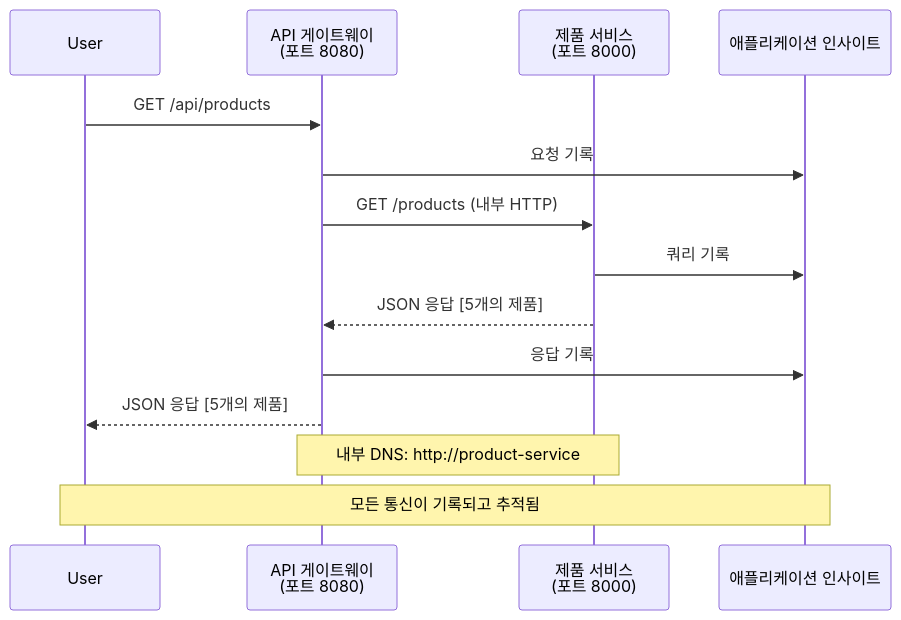
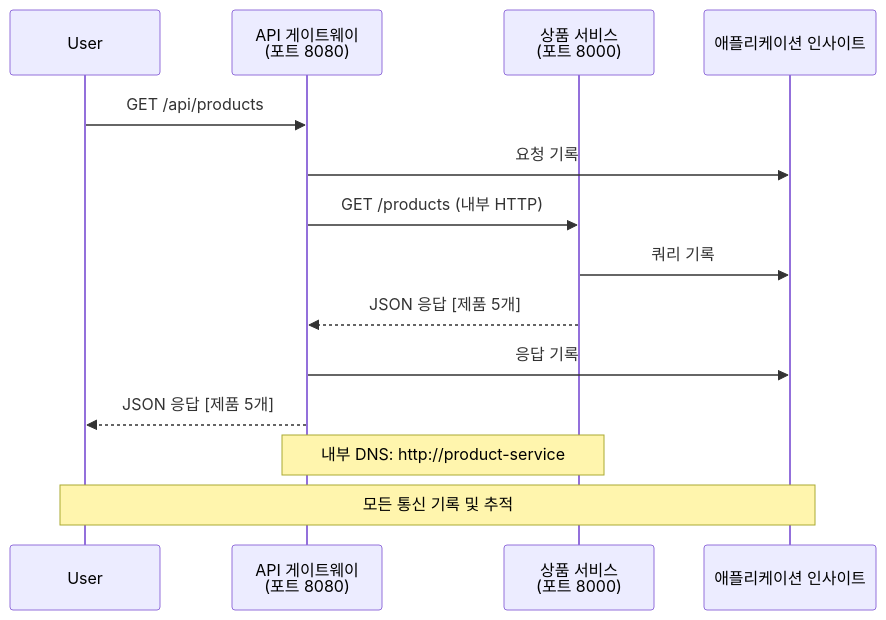
The fourth of 4 diagrams in translations/ko/examples/microservices/README.md (microsoft/AZD-for-beginners), drawn with Mermaid before and after one commit. The commit also changed other lines of this file and 242 other files, not shown here.

````diff
--- a/translations/ko/examples/microservices/README.md
+++ b/translations/ko/examples/microservices/README.md
@@ -432,18 +423,18 @@
 ```mermaid
 sequenceDiagram
     participant User
     participant Gateway as API 게이트웨이<br/>(포트 8080)
-    participant Product as 제품 서비스<br/>(포트 8000)
+    participant Product as 상품 서비스<br/>(포트 8000)
     participant AI as 애플리케이션 인사이트
     
     User->>Gateway: GET /api/products
     Gateway->>AI: 요청 기록
     Gateway->>Product: GET /products (내부 HTTP)
     Product->>AI: 쿼리 기록
-    Product-->>Gateway: JSON 응답 [5개의 제품]
+    Product-->>Gateway: JSON 응답 [제품 5개]
     Gateway->>AI: 응답 기록
-    Gateway-->>User: JSON 응답 [5개의 제품]
+    Gateway-->>User: JSON 응답 [제품 5개]
     
     Note over Gateway,Product: 내부 DNS: http://product-service
-    Note over User,AI: 모든 통신이 기록되고 추적됨
+    Note over User,AI: 모든 통신 기록 및 추적
 ```
````
